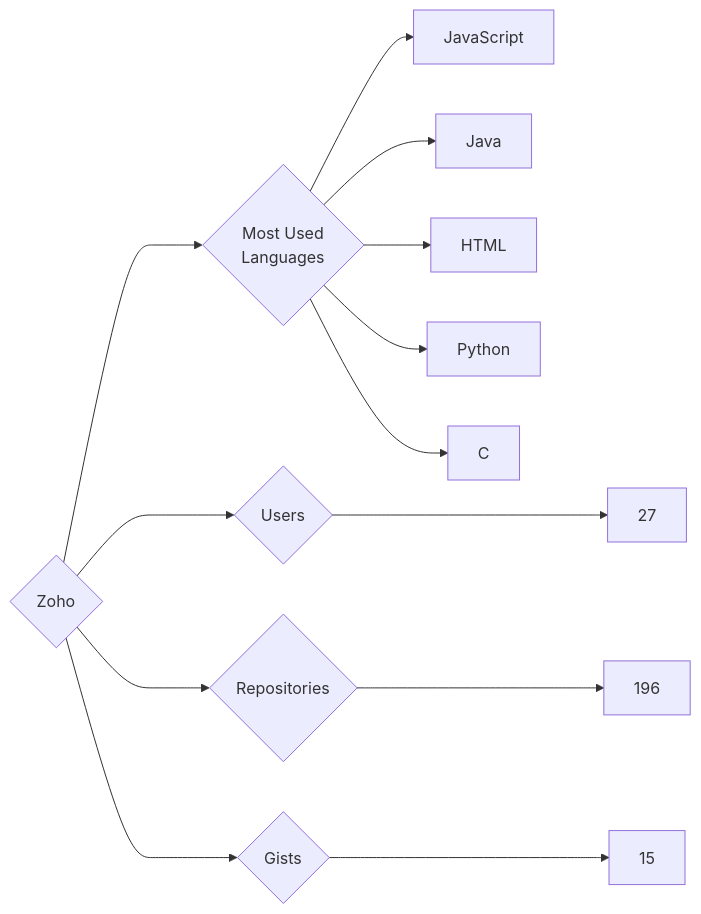
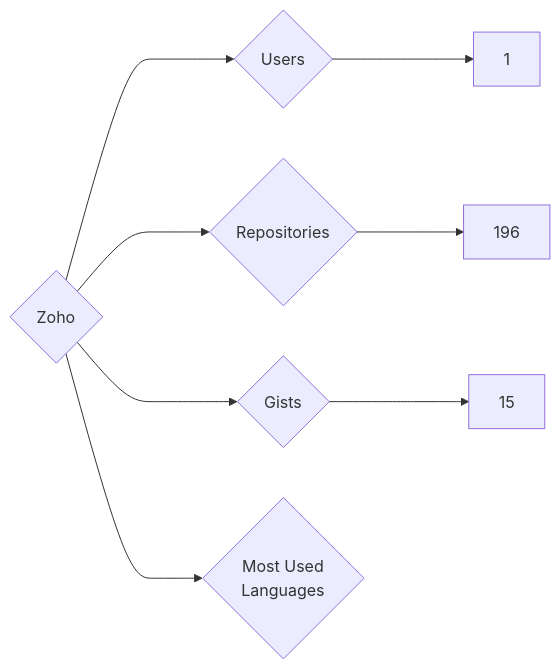
The diagram in targets/Zoho/README.md (trickest/insiders), drawn with Mermaid before and after one commit. The commit also changed 948 other files, not shown here.

````diff
--- a/targets/Zoho/README.md
+++ b/targets/Zoho/README.md
@@ -3,13 +3,8 @@
 ```mermaid
 graph LR
 COMPANY_NAME{Zoho}
-COMPANY_NAME ---> U{Users} ---> UN[27]
+COMPANY_NAME ---> U{Users} ---> UN[1]
 COMPANY_NAME ---> R{Repositories} ---> RN[196]
 COMPANY_NAME ---> G{Gists} ---> GN[15]
 COMPANY_NAME ---> ML{Most Used<br>Languages}
-ML --> JavaScript[JavaScript]
-ML --> Java[Java]
-ML --> HTML[HTML]
-ML --> Python[Python]
-ML --> C[C]
 ```
````
